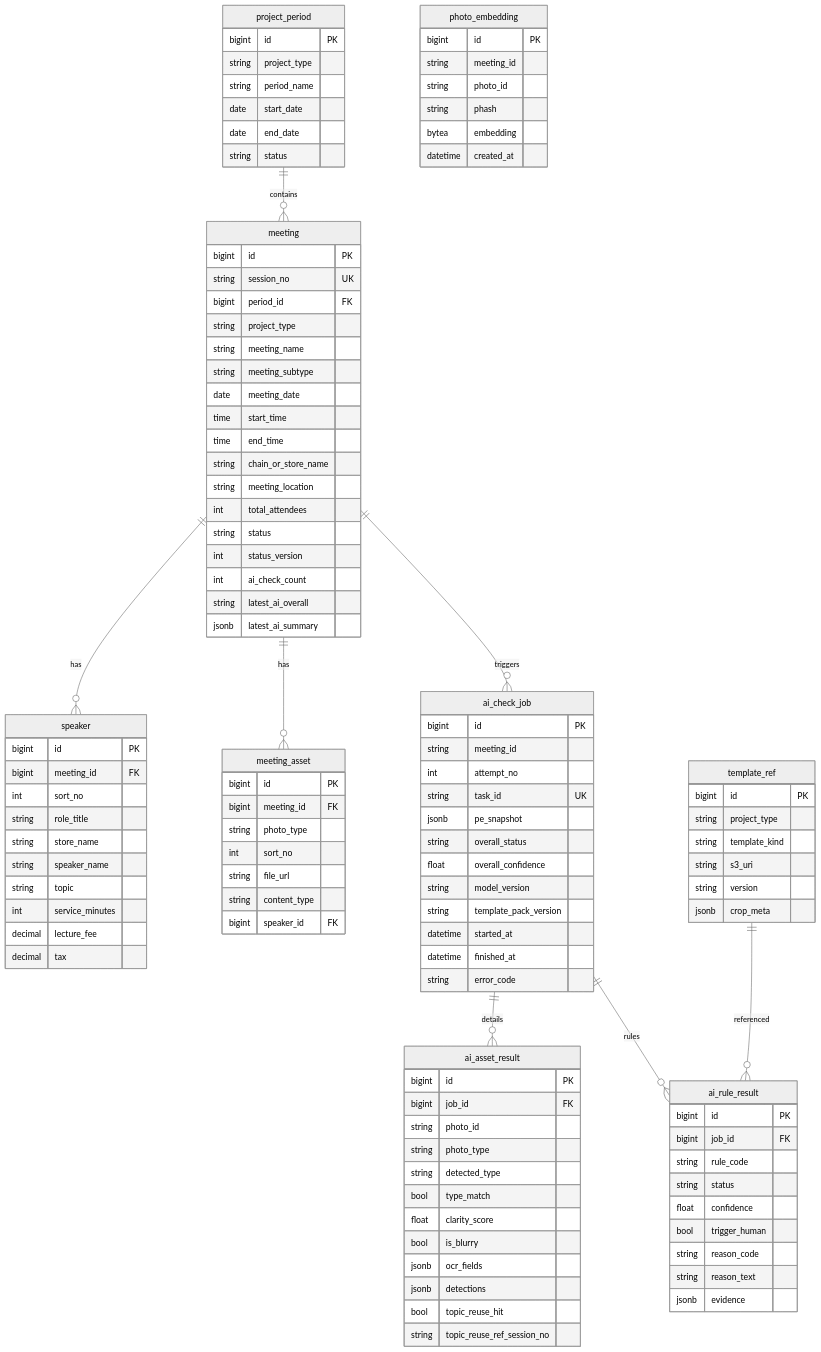
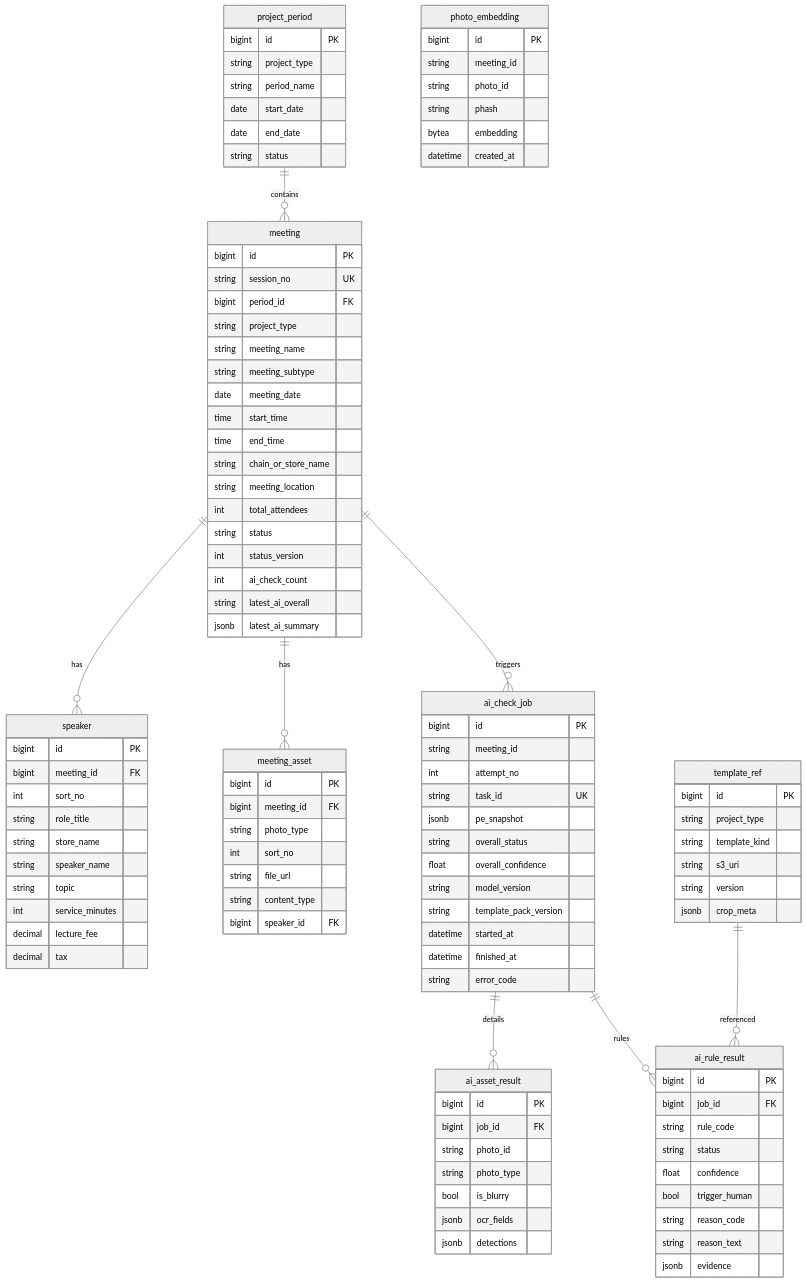
One commit to Jasterband/Retail-AI-Review changed the diagram in docs/01-er-field-dictionary.md. Above: the diagram before and after it, drawn with Mermaid (neutral theme). The commit also changed other lines of this file and 46 other files, not shown here.

```diff
--- a/docs/01-er-field-dictionary.md
+++ b/docs/01-er-field-dictionary.md
@@ -90,14 +90,9 @@
     bigint job_id FK
     string photo_id
     string photo_type
-    string detected_type
-    bool type_match
-    float clarity_score
     bool is_blurry
     jsonb ocr_fields
     jsonb detections
-    bool topic_reuse_hit
-    string topic_reuse_ref_session_no
   }
 
   ai_rule_result {
```
